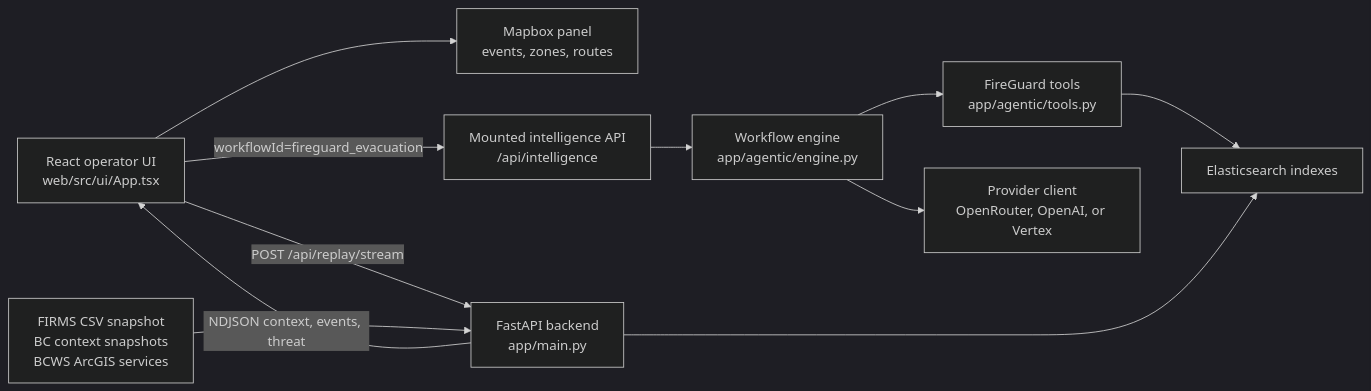
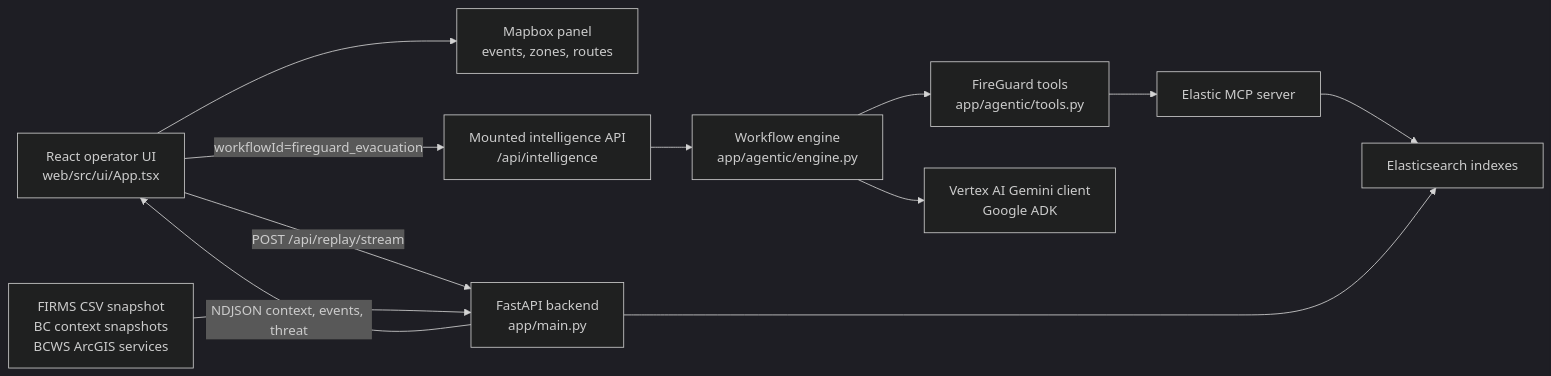
One commit to youneslaaroussi/fireguard changed the first of 3 diagrams in README.md. Above: the diagram before and after it, drawn with Mermaid (dark theme). The commit also changed other lines of this file and 57 other files, not shown here.

````diff
--- a/README.md
+++ b/README.md
@@ -157,23 +222,25 @@
 ```mermaid
 flowchart LR
     UI["React operator UI<br/>web/src/ui/App.tsx"]
     Map["Mapbox panel<br/>events, zones, routes"]
     API["FastAPI backend<br/>app/main.py"]
     AgentAPI["Mounted intelligence API<br/>/api/intelligence"]
     Engine["Workflow engine<br/>app/agentic/engine.py"]
     Tools["FireGuard tools<br/>app/agentic/tools.py"]
+    ElasticMCP["Elastic MCP server"]
     ES["Elasticsearch indexes"]
     Sources["FIRMS CSV snapshot<br/>BC context snapshots<br/>BCWS ArcGIS services"]
-    Model["Provider client<br/>OpenRouter, OpenAI, or Vertex"]
+    Model["Vertex AI Gemini client<br/>Google ADK"]
 
     UI -->|"POST /api/replay/stream"| API
     API -->|"NDJSON context, events, threat"| UI
     UI --> Map
     UI -->|"workflowId=fireguard_evacuation"| AgentAPI
     AgentAPI --> Engine
     Engine --> Tools
     Engine --> Model
-    Tools --> ES
+    Tools --> ElasticMCP
+    ElasticMCP --> ES
     API --> ES
     Sources --> API
 ```
````
